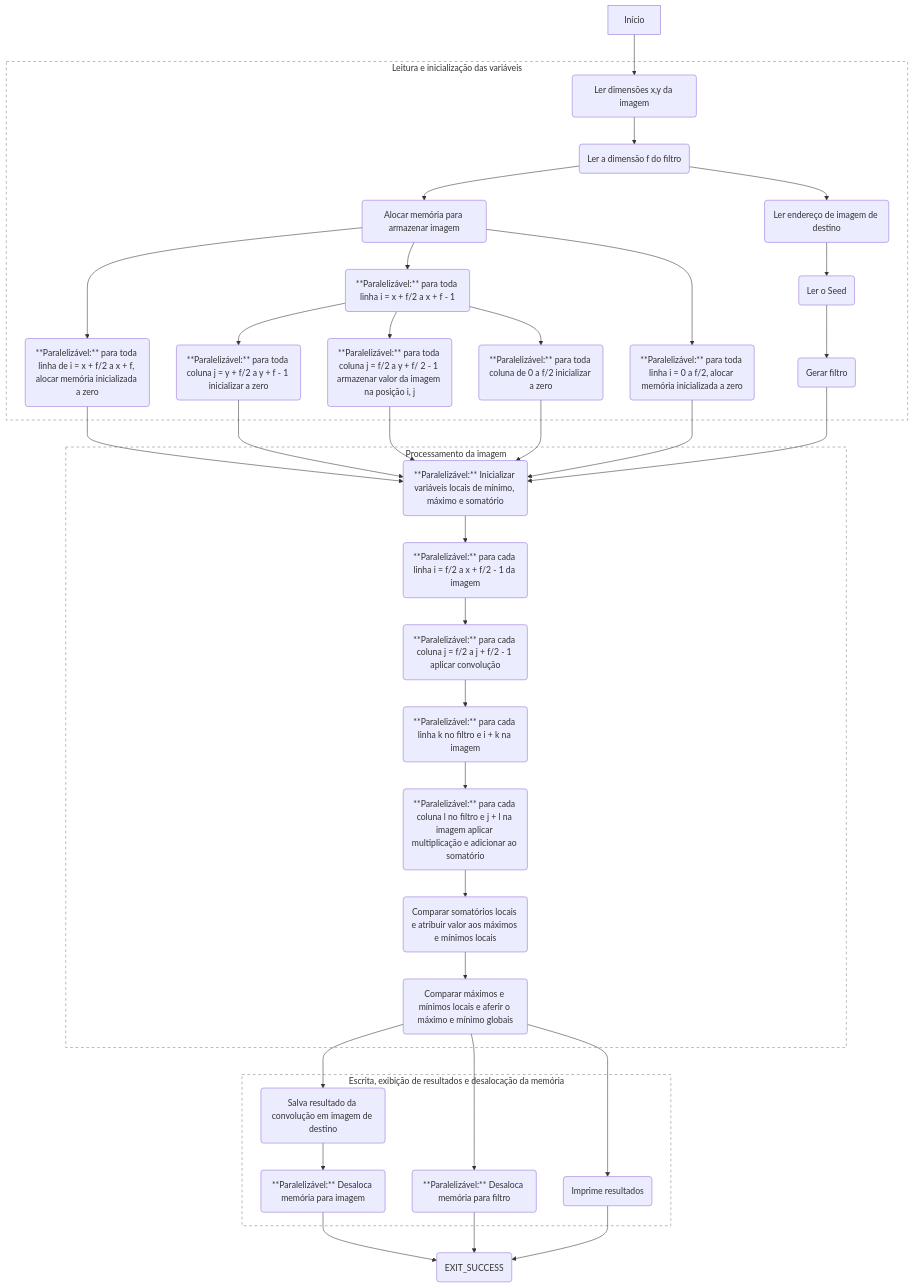
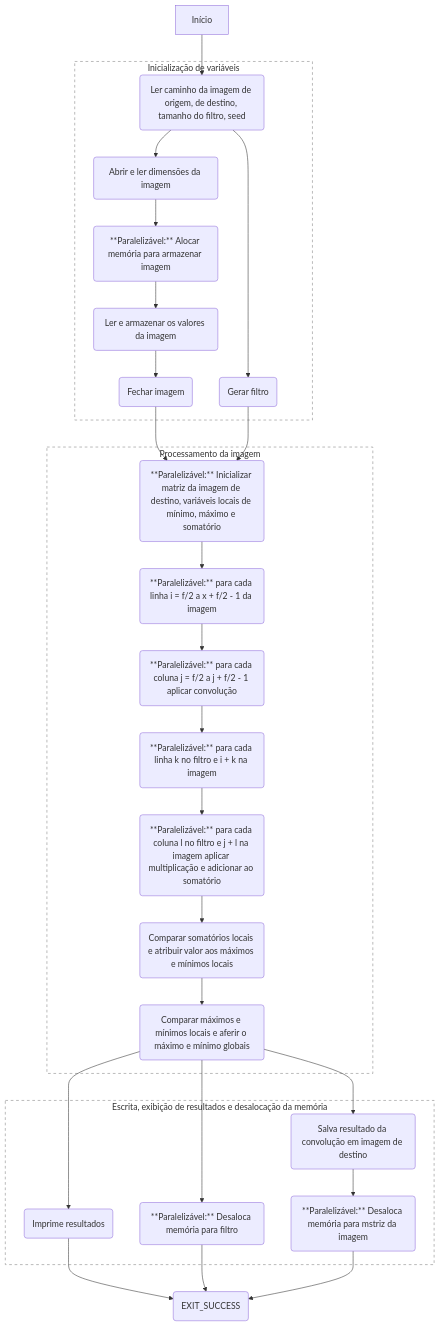
The diagram in trabalho_1/README.md (de-abreu/alto_desempenho), drawn with Mermaid before and after one commit. The commit also changed other lines of this file and 11 other files, not shown here.

````diff
--- a/trabalho_1/README.md
+++ b/trabalho_1/README.md
@@ -31,46 +31,37 @@
 ```mermaid
 flowchart TD
-    A[Início] --> B(Ler dimensões x,y da imagem)
-    subgraph r1 [Leitura e inicialização das variáveis]
+    start[Início] --> A1(Ler caminho da imagem de origem, de destino, tamanho do filtro, seed )
+    subgraph r1 [Inicialização de variáveis]
         style r1 stroke-dasharray: 5, 5, fill:none, stroke: grey
 
-        B --> E(Ler a dimensão f do filtro)
-        E --> AD(Ler endereço de imagem de destino)
-        AD --> F(Ler o Seed)
-        E --> G(Alocar memória para armazenar imagem)
-        G --> H(**Paralelizável:** para toda linha i = 0 a f/2, alocar memória inicializada a zero)
-        G --> M(**Paralelizável:** para toda linha de i = x + f/2 a x + f, alocar memória inicializada a zero)
-        I --> J(**Paralelizável:** para toda coluna de 0 a f/2 inicializar a zero)
-        I --> f(**Paralelizável:** para toda coluna j = f/2 a y + f/ 2 - 1 armazenar valor da imagem na posição i, j)
-        I --> L(**Paralelizável:** para toda coluna j = y + f/2 a y + f - 1 inicializar a zero)
-        G --> I(**Paralelizável:** para toda linha i = x + f/2 a x + f - 1)
-        F --> N(Gerar filtro)
+        A1 --> B1(Abrir e ler dimensões da imagem)
+        A1 --> A2(Gerar filtro)
+        B1 --> B2(**Paralelizável:** Alocar memória para armazenar imagem)
+        B2 --> B3(Ler e armazenar os valores da imagem)
+        B3 --> B4(Fechar imagem)
+
     end
     subgraph r2 [Processamento da imagem]
         style r2 stroke-dasharray: 5, 5, fill:none, stroke: grey
 
-        M --> O(**Paralelizável:** Inicializar variáveis locais de mínimo, máximo e somatório)
-        L --> O
-        f --> O
-        J --> O
-        H --> O
-        N --> O
-        O --> Q(**Paralelizável:** para cada linha i = f/2 a x + f/2 - 1 da imagem)
-        Q --> S(**Paralelizável:** para cada coluna j = f/2 a j + f/2 - 1 aplicar convolução)
-        S --> T(**Paralelizável:** para cada linha k no filtro e i + k na imagem)
-        T --> X(**Paralelizável:** para cada coluna l no filtro e j + l na imagem aplicar multiplicação e adicionar ao somatório)
-        X --> Y(Comparar somatórios locais e atribuir valor aos máximos e mínimos locais)
-        Y --> Z(Comparar máximos e mínimos locais e aferir o máximo e mínimo globais)
+        B4 --> C1(**Paralelizável:** Inicializar matriz da imagem de destino, variáveis locais de mínimo, máximo e somatório)
+        A2 --> C1
+        C1 --> C2(**Paralelizável:** para cada linha i = f/2 a x + f/2 - 1 da imagem)
+        C2 --> C3(**Paralelizável:** para cada coluna j = f/2 a j + f/2 - 1 aplicar convolução)
+        C3 --> C4(**Paralelizável:** para cada linha k no filtro e i + k na imagem)
+        C4 --> C5(**Paralelizável:** para cada coluna l no filtro e j + l na imagem aplicar multiplicação e adicionar ao somatório)
+        C5 --> C6(Comparar somatórios locais e atribuir valor aos máximos e mínimos locais)
+        C6 --> C7(Comparar máximos e mínimos locais e aferir o máximo e mínimo globais)
     end
     subgraph r3 [Escrita, exibição de resultados e desalocação da memória]
         style r3 stroke-dasharray: 5, 5, fill:none, stroke: grey
-        Z --> W(Imprime resultados)
-        Z --> AC(**Paralelizável:** Desaloca memória para filtro)
-        Z --> C(Salva resultado da convolução em imagem de destino)
-        C --> AB(**Paralelizável:** Desaloca memória para imagem)
+        C7 --> D1(Imprime resultados)
+        C7 --> D2(**Paralelizável:** Desaloca memória para filtro)
+        C7 --> D3(Salva resultado da convolução em imagem de destino)
+        D3 --> D4(**Paralelizável:** Desaloca memória para mstriz da imagem)
     end
 
-    AB --> EXIT(EXIT_SUCCESS)
-    AC --> EXIT
-    W --> EXIT
+    D1 --> EXIT(EXIT_SUCCESS)
+    D2 --> EXIT
+    D4 --> EXIT
 ```
````
